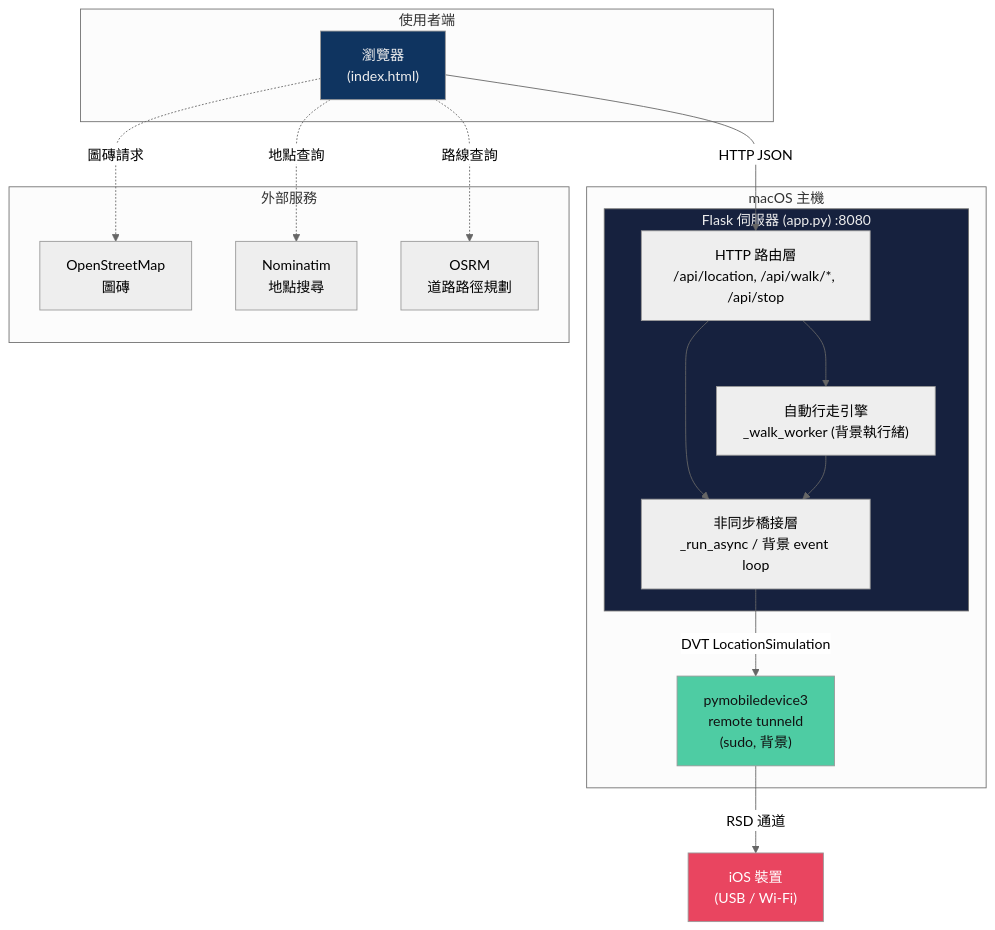
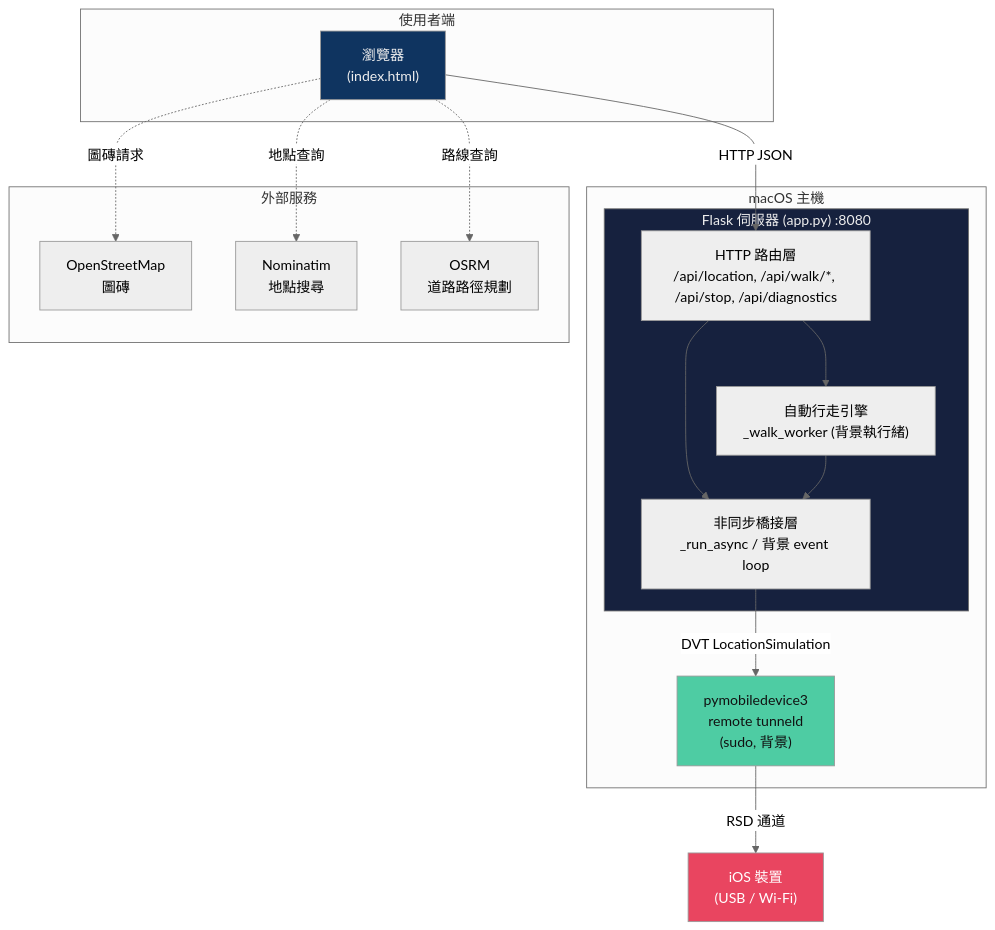
One commit to peiying004/pikpik changed the first of 8 diagrams in docs/系統架構設計圖.md. Above: the diagram before and after it, drawn with Mermaid (neutral theme). The commit also changed other lines of this file and 7 other files, not shown here.

````diff
--- a/docs/系統架構設計圖.md
+++ b/docs/系統架構設計圖.md
@@ -25,39 +26,39 @@
 ```mermaid
 graph TB
     subgraph User["使用者端"]
         Browser["瀏覽器<br/>(index.html)"]
     end
 
     subgraph Mac["macOS 主機"]
         subgraph Flask["Flask 伺服器 (app.py) :8080"]
-            Routes["HTTP 路由層<br/>/api/location, /api/walk/*, /api/stop"]
+            Routes["HTTP 路由層<br/>/api/location, /api/walk/*, /api/stop, /api/diagnostics"]
             Walk["自動行走引擎<br/>_walk_worker (背景執行緒)"]
             AsyncBridge["非同步橋接層<br/>_run_async / 背景 event loop"]
         end
         Tunneld["pymobiledevice3<br/>remote tunneld<br/>(sudo, 背景)"]
     end
 
     subgraph External["外部服務"]
         OSM["OpenStreetMap<br/>圖磚"]
         Nominatim["Nominatim<br/>地點搜尋"]
         OSRM["OSRM<br/>道路路徑規劃"]
     end
 
     Device["iOS 裝置<br/>(USB / Wi-Fi)"]
 
     Browser -->|HTTP JSON| Routes
     Browser -.->|圖磚請求| OSM
     Browser -.->|地點查詢| Nominatim
     Browser -.->|路線查詢| OSRM
 
     Routes --> AsyncBridge
     Walk --> AsyncBridge
     Routes --> Walk
     AsyncBridge -->|DVT LocationSimulation| Tunneld
     Tunneld -->|RSD 通道| Device
 
     style Flask fill:#16213e,color:#eee
     style Browser fill:#0f3460,color:#eee
     style Device fill:#e94560,color:#fff
     style Tunneld fill:#4ecca3,color:#111
 ```
````
